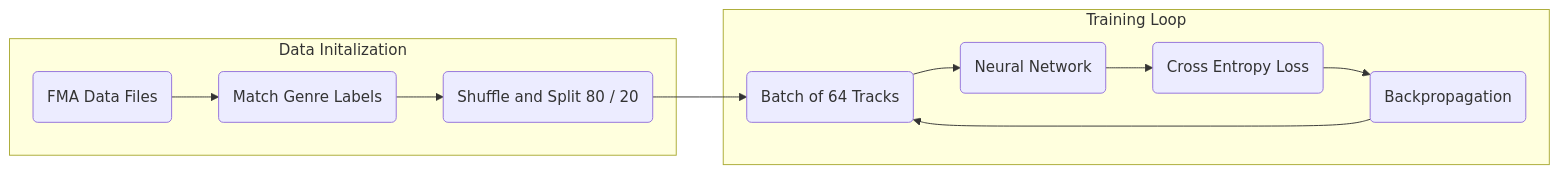
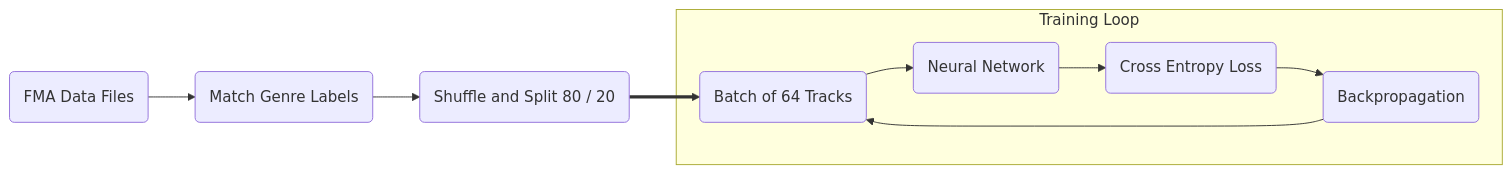
Before and after one commit to aiden-carroll/GenreClassifer: the diagram in README.md, drawn with Mermaid.

Commit message:
changed diagram grouping

````diff
--- a/README.md
+++ b/README.md
@@ -43,16 +43,15 @@
 ```mermaid
 flowchart LR
-    subgraph DataInitalization [Data Initalization]
-        FMADB(FMA Data Files) --> GenreMatching(Match Genre Labels)
+    FMADB(FMA Data Files) --> GenreMatching(Match Genre Labels)
 
-        GenreMatching --> ShuffleSplit("Shuffle and Split 80 / 20")
-    end
+    GenreMatching --> ShuffleSplit("Shuffle and Split 80 / 20")
 
     subgraph TrainingLoop [Training Loop]
-        ShuffleSplit --> Batch(Batch of 64 Tracks)
         Batch --> Neural(Neural Network)
         Neural --> CrossEntropy(Cross Entropy Loss)
         CrossEntropy --> Backprop(Backpropagation)
         Backprop --> Batch
     end
+
+    ShuffleSplit ==> Batch(Batch of 64 Tracks)
 ```
````
